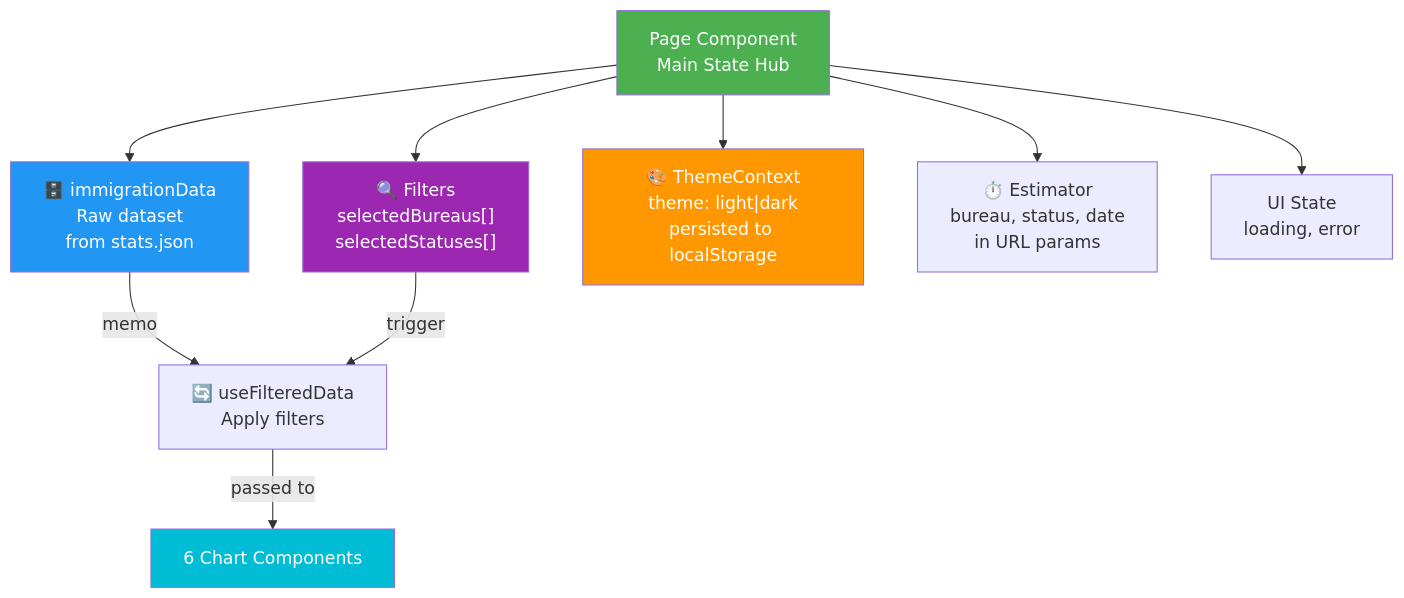
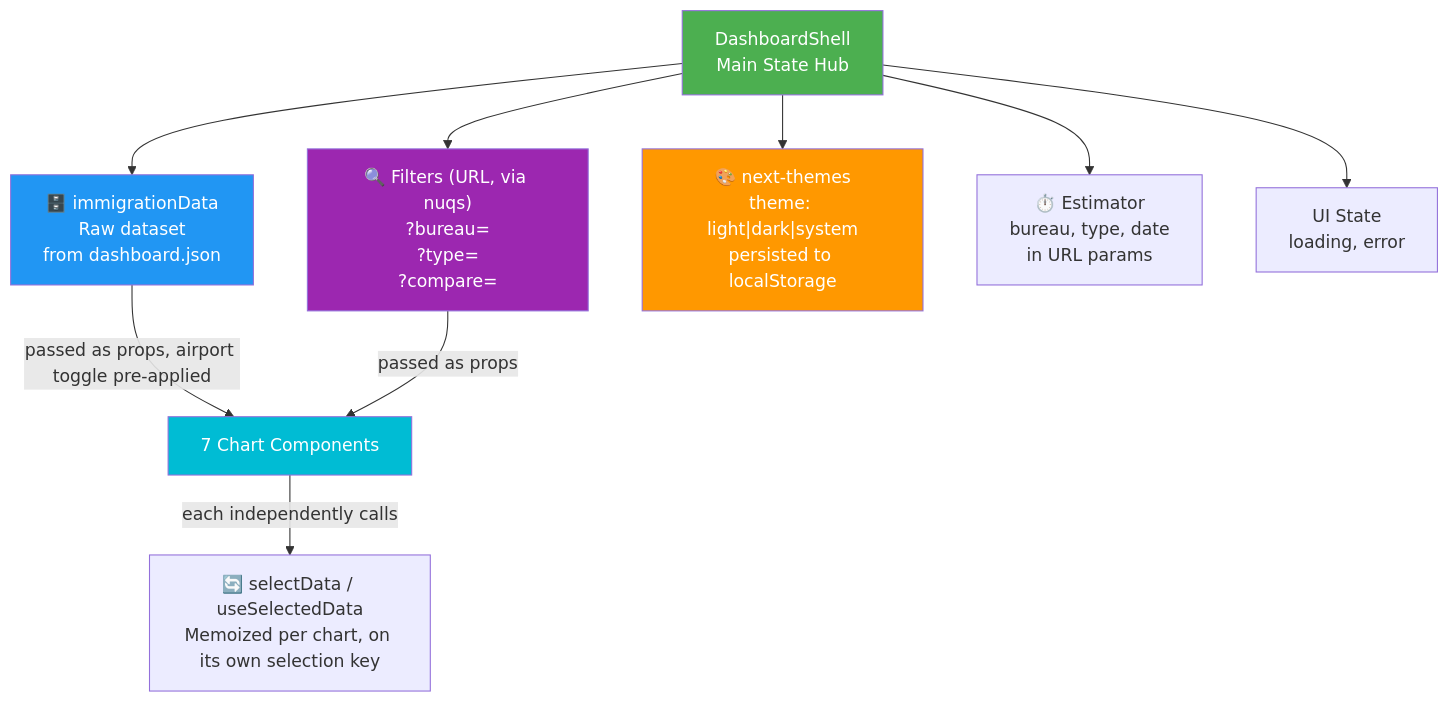
Before and after one commit to RetroHazard/JP_Immigration_Dashboard: the seventh of 16 diagrams in ARCHITECTURE.md, drawn with Mermaid. The commit also changed other lines of this file and 239 other files, not shown here.

````diff
--- a/ARCHITECTURE.md
+++ b/ARCHITECTURE.md
@@ -250,30 +278,30 @@
 ```mermaid
 graph TD
-    PAGE["Page Component<br/>Main State Hub"]
+    SHELL["DashboardShell<br/>Main State Hub"]
     
-    DATA["🗄️ immigrationData<br/>Raw dataset<br/>from stats.json"]
+    DATA["🗄️ immigrationData<br/>Raw dataset<br/>from dashboard.json"]
     
-    FILTERS["🔍 Filters<br/>selectedBureaus[]<br/>selectedStatuses[]"]
+    FILTERS["🔍 Filters (URL, via nuqs)<br/>?bureau=<br/>?type=<br/>?compare="]
     
-    THEME["🎨 ThemeContext<br/>theme: light|dark<br/>persisted to localStorage"]
+    THEME["🎨 next-themes<br/>theme: light|dark|system<br/>persisted to localStorage"]
     
-    ESTIMATOR["⏱️ Estimator<br/>bureau, status, date<br/>in URL params"]
+    ESTIMATOR["⏱️ Estimator<br/>bureau, type, date<br/>in URL params"]
     
     UI["UI State<br/>loading, error"]
     
-    PAGE --> DATA
-    PAGE --> FILTERS
-    PAGE --> THEME
-    PAGE --> ESTIMATOR
-    PAGE --> UI
+    SHELL --> DATA
+    SHELL --> FILTERS
+    SHELL --> THEME
+    SHELL --> ESTIMATOR
+    SHELL --> UI
     
-    DATA -->|memo| FILTERED["🔄 useFilteredData<br/>Apply filters"]
-    FILTERS -->|trigger| FILTERED
-    FILTERED -->|passed to| CHARTS["6 Chart Components"]
+    DATA -->|passed as props, airport toggle pre-applied| CHARTS["7 Chart Components"]
+    FILTERS -->|passed as props| CHARTS
+    CHARTS -->|each independently calls| FILTERED["🔄 selectData / useSelectedData<br/>Memoized per chart, on its own selection key"]
     
-    style PAGE fill:#4CAF50,color:#fff
+    style SHELL fill:#4CAF50,color:#fff
     style DATA fill:#2196F3,color:#fff
     style FILTERS fill:#9C27B0,color:#fff
     style THEME fill:#FF9800,color:#fff
     style CHARTS fill:#00BCD4,color:#fff
 ```
````
